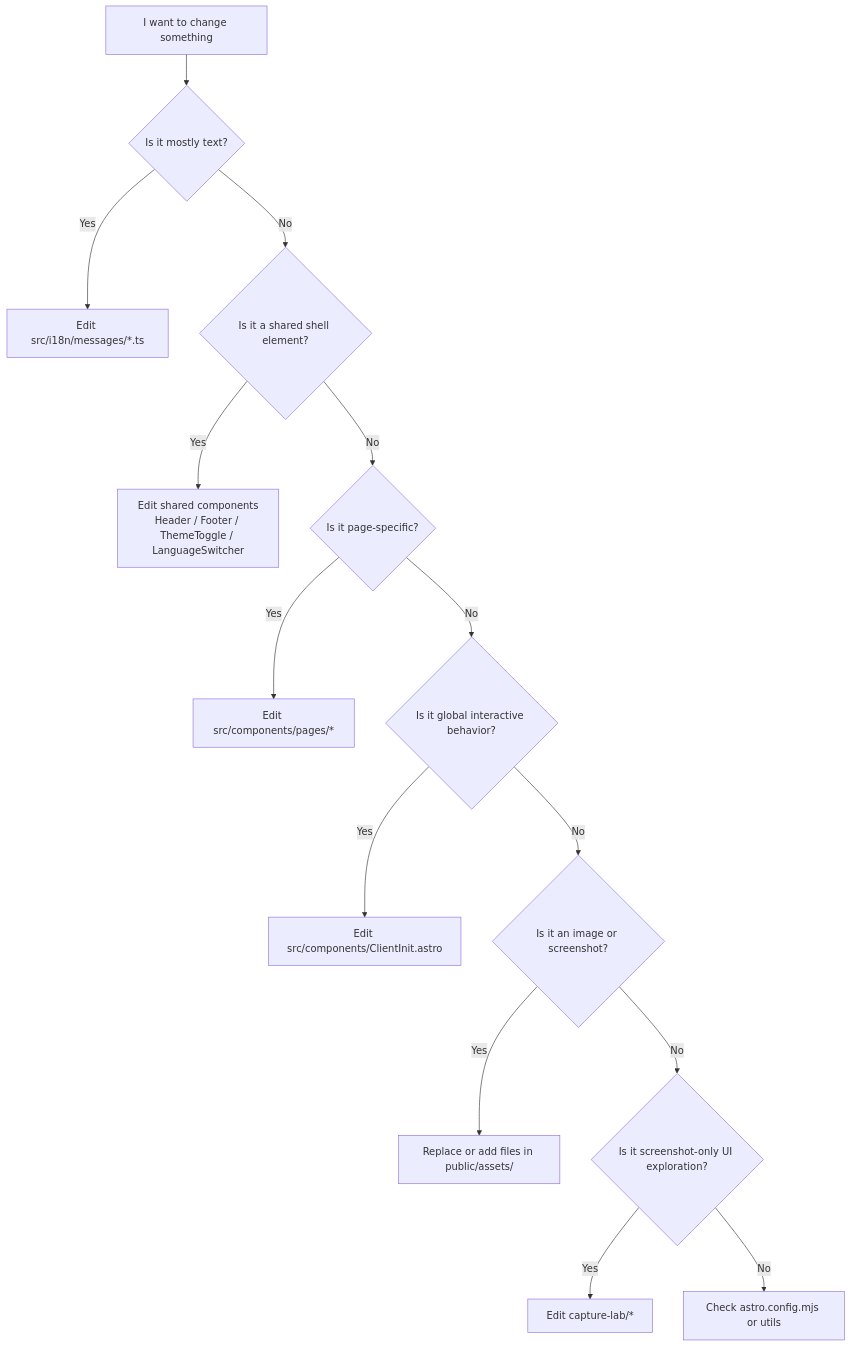
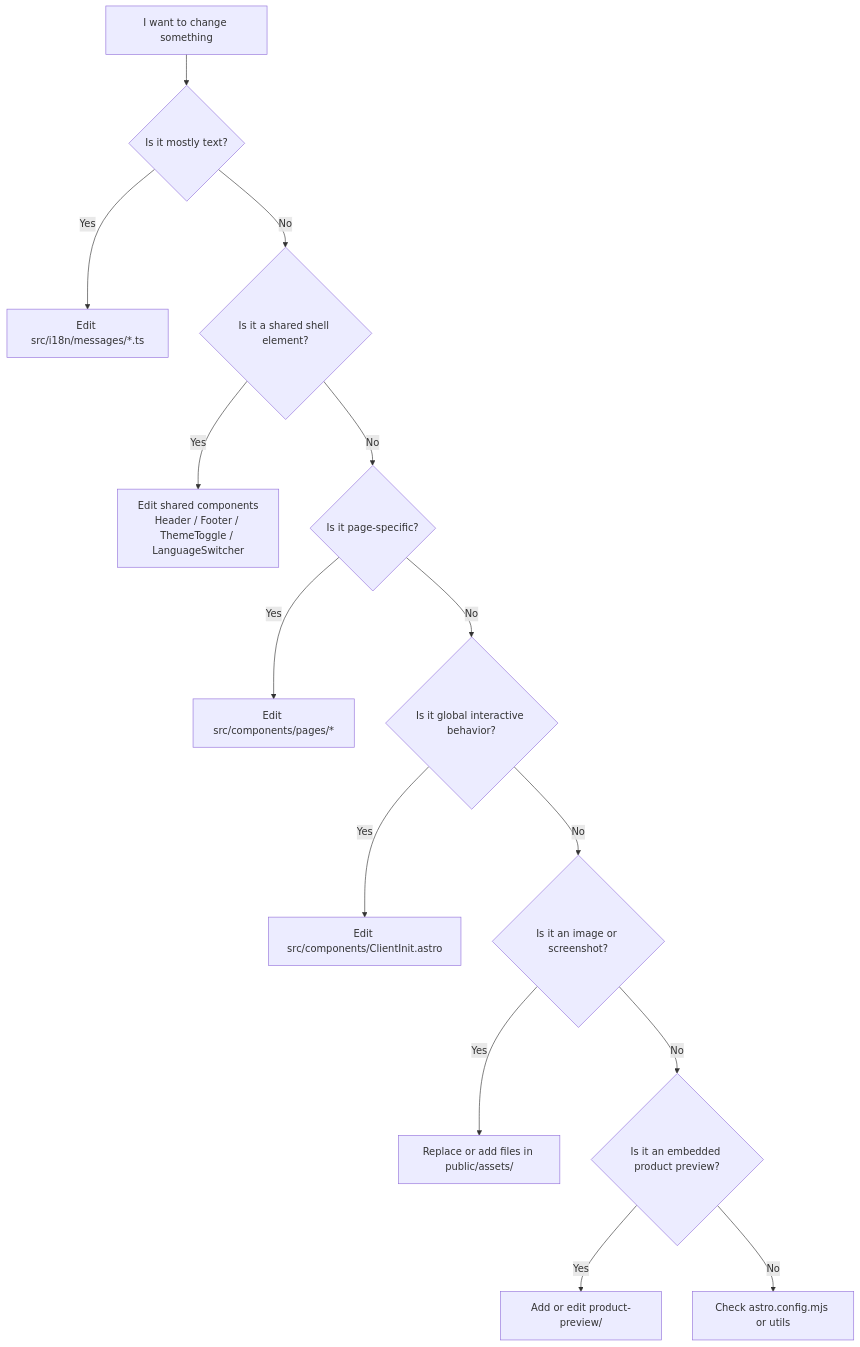
One commit to 2InfinityN6eyond/DemoPage changed the fourth of 5 diagrams in README.md. Above: the diagram before and after it, drawn with Mermaid. The commit also changed other lines of this file and 25 other files, not shown here.

Commit message:
embed product-preview into homepage

````diff
--- a/README.md
+++ b/README.md
@@ -211,16 +222,16 @@
 ```mermaid
 flowchart TD
     Start["I want to change something"] --> Copy{"Is it mostly text?"}
     Copy -- Yes --> Dict["Edit src/i18n/messages/*.ts"]
     Copy -- No --> Visual{"Is it a shared shell element?"}
     Visual -- Yes --> Shared["Edit shared components<br/>Header / Footer / ThemeToggle / LanguageSwitcher"]
     Visual -- No --> Page{"Is it page-specific?"}
     Page -- Yes --> PageComp["Edit src/components/pages/*"]
     Page -- No --> Behavior{"Is it global interactive behavior?"}
     Behavior -- Yes --> Client["Edit src/components/ClientInit.astro"]
     Behavior -- No --> Asset{"Is it an image or screenshot?"}
     Asset -- Yes --> Assets["Replace or add files in public/assets/"]
-    Asset -- No --> Mockup{"Is it screenshot-only UI exploration?"}
-    Mockup -- Yes --> Lab["Edit capture-lab/*"]
-    Mockup -- No --> Config["Check astro.config.mjs or utils"]
+    Asset -- No --> Preview{"Is it an embedded product preview?"}
+    Preview -- Yes --> ProductPreview["Add or edit product-preview/"]
+    Preview -- No --> Config["Check astro.config.mjs or utils"]
 ```
````
